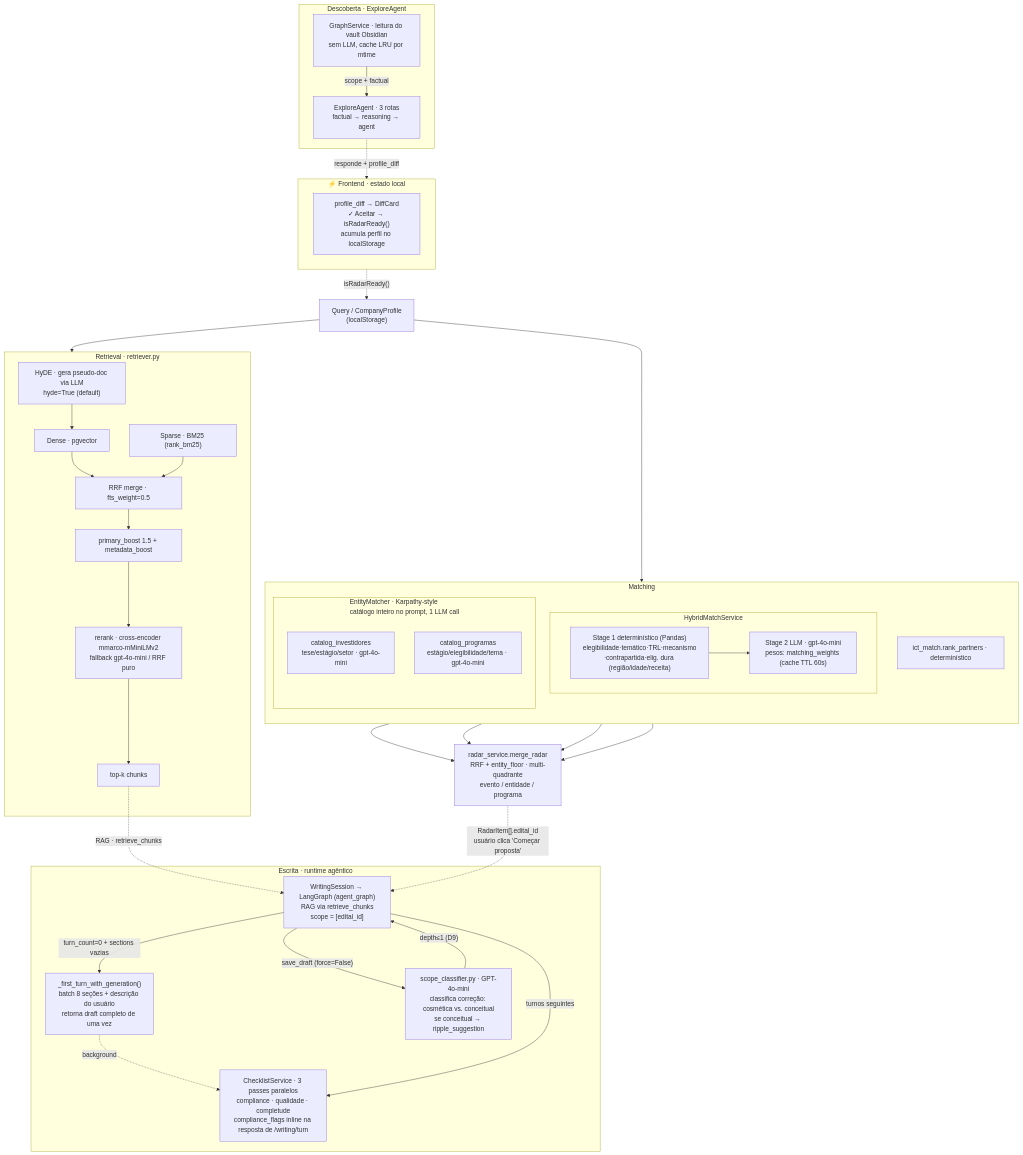
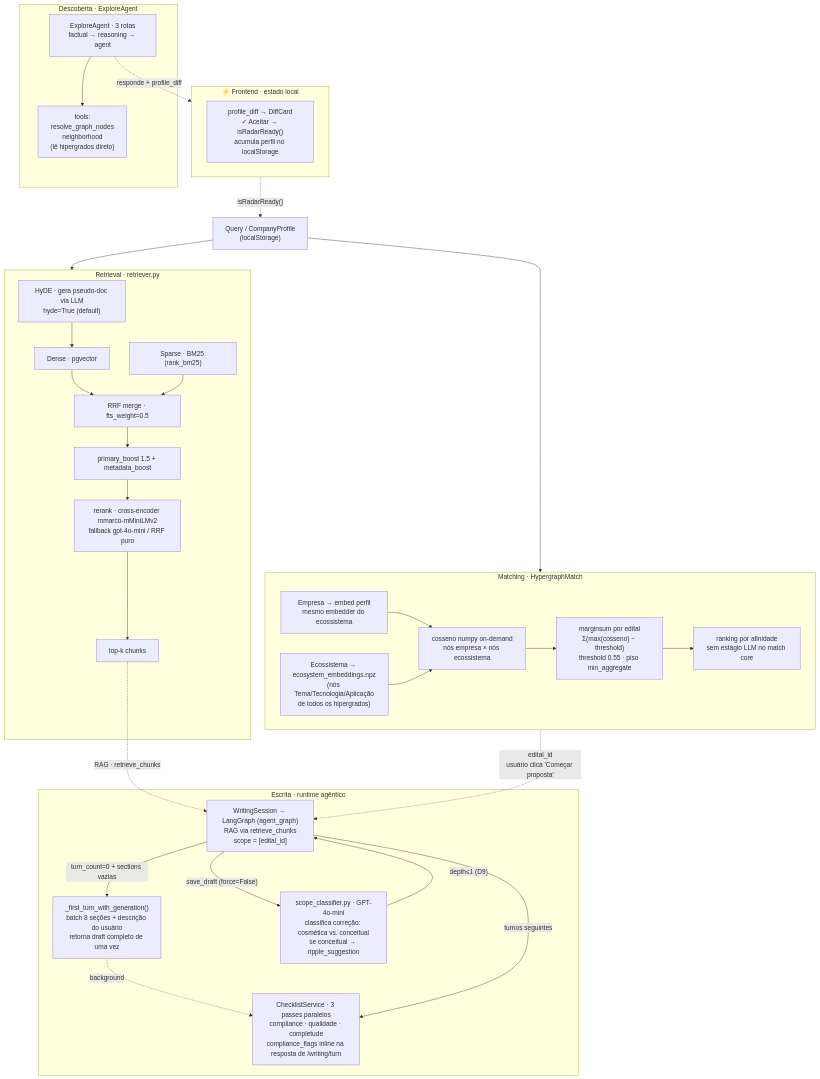
The second of 4 diagrams in docs/architecture.md (lucasborgs/radar_editais), drawn with Mermaid before and after one commit. The commit also changed other lines of this file and 11 other files, not shown here.

````diff
--- a/docs/architecture.md
+++ b/docs/architecture.md
@@ -54,63 +48,53 @@
 ```mermaid
 flowchart TB
   Q["Query / CompanyProfile<br/>(localStorage)"]
 
   subgraph RET["Retrieval · retriever.py"]
     HYDE["HyDE · gera pseudo-doc via LLM<br/>hyde=True (default)"]
     DENSE["Dense · pgvector"]
     SPARSE["Sparse · BM25 (rank_bm25)"]
     HYDE --> DENSE
     DENSE --> RRF["RRF merge · fts_weight=0.5"]
     SPARSE --> RRF
     RRF --> BOOST["primary_boost 1.5 + metadata_boost"]
     BOOST --> RERANK["rerank · cross-encoder mmarco-mMiniLMv2<br/>fallback gpt-4o-mini / RRF puro"]
     RERANK --> TOPK["top-k chunks"]
   end
 
-  subgraph MATCH["Matching"]
-    direction TB
-    subgraph HM["HybridMatchService"]
-      S1["Stage 1 determinístico (Pandas)<br/>elegibilidade·temático·TRL·mecanismo<br/>·contrapartida·elig. dura (região/idade/receita)"]
-      S1 --> S2["Stage 2 LLM · gpt-4o-mini<br/>pesos: matching_weights (cache TTL 60s)"]
-    end
-    subgraph EM["EntityMatcher · Karpathy-style<br/>catálogo inteiro no prompt, 1 LLM call"]
-      INV["catalog_investidores<br/>tese/estágio/setor · gpt-4o-mini"]
-      PROG["catalog_programas<br/>estágio/elegibilidade/tema · gpt-4o-mini"]
-    end
-    ICT["ict_match.rank_partners · determinístico"]
+  subgraph MATCH["Matching · HypergraphMatch"]
+    DIR["Empresa → embed perfil<br/>mesmo embedder do ecossistema"]
+    ECO["Ecossistema → ecosystem_embeddings.npz<br/>(nós Tema/Tecnologia/Aplicação<br/>de todos os hipergrados)"]
+    DIR --> COS["cosseno numpy on-demand<br/>nós empresa × nós ecossistema"]
+    ECO --> COS
+    COS --> MARGIN["marginsum por edital<br/>Σ(max(cosseno) − threshold)<br/>threshold 0.55 · piso min_aggregate"]
+    MARGIN --> RANK["ranking por afinidade<br/>sem estágio LLM no match core"]
   end
 
   Q --> RET
   Q --> MATCH
-  HM --> RADAR
-  INV --> RADAR
-  PROG --> RADAR
-  ICT --> RADAR
-  RADAR["radar_service.merge_radar<br/>RRF + entity_floor · multi-quadrante<br/>evento / entidade / programa"]
 
   TOPK -.->|"RAG · retrieve_chunks"| WS
 
   subgraph EXPLORE["Descoberta · ExploreAgent"]
-    GS["GraphService · leitura do vault Obsidian<br/>sem LLM, cache LRU por mtime"]
     EA["ExploreAgent · 3 rotas<br/>factual → reasoning → agent"]
-    GS -->|scope + factual| EA
+    EA --> TOOLS["tools:<br/>resolve_graph_nodes<br/>neighborhood<br/>(lê hipergrados direto)"]
   end
 
   subgraph FRONT["⚡ Frontend · estado local"]
     FE["profile_diff → DiffCard<br/>✓ Aceitar → isRadarReady()<br/>acumula perfil no localStorage"]
   end
 
   EA -.->|"responde + profile_diff"| FRONT
   FRONT -.->|"isRadarReady()"| Q
 
-  RADAR -.->|"RadarItem[].edital_id<br/>usuário clica 'Começar proposta'"| WS
+  MATCH -.->|"edital_id<br/>usuário clica 'Começar proposta'"| WS
 
   subgraph WRITE["Escrita · runtime agêntico"]
     WS["WritingSession → LangGraph (agent_graph)<br/>RAG via retrieve_chunks<br/>scope = [edital_id]"]
     WS -->|"turn_count=0 + sections vazias"| FT["_first_turn_with_generation()<br/>batch 8 seções + descrição do usuário<br/>retorna draft completo de uma vez"]
     FT -.->|"background"| CKL["ChecklistService · 3 passes paralelos<br/>compliance · qualidade · completude<br/>compliance_flags inline na resposta de /writing/turn"]
     WS -->|"turnos seguintes"| CKL
     WS -->|"save_draft (force=False)"| SCOP["scope_classifier.py · GPT-4o-mini<br/>classifica correção: cosmética vs. conceitual<br/>se conceitual → ripple_suggestion"]
     SCOP -->|"depth≤1 (D9)"| WS
   end
 ```
````
